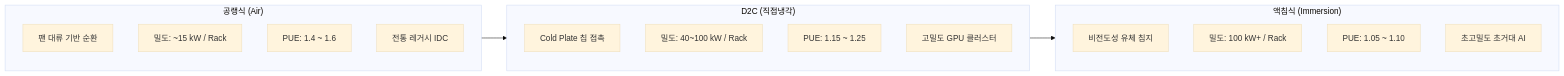
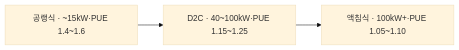
Before and after one commit to agnusdei1207/study: the third of 3 diagrams in src/content/docs/notes/itpe/01-it-strategy/060_ai_energy_infrastructure.md, drawn with Mermaid (base theme). The commit also changed other lines of this file and 19 other files, not shown here.

````diff
--- a/src/content/docs/notes/itpe/01-it-strategy/060_ai_energy_infrastructure.md
+++ b/src/content/docs/notes/itpe/01-it-strategy/060_ai_energy_infrastructure.md
@@ -156,28 +118,4 @@
 ```mermaid
 flowchart LR
-    subgraph AIR["공랭식 (Air)"]
-        direction TB
-        A1["팬 대류 기반 순환"]
-        A2["밀도: ~15 kW / Rack"]
-        A3["PUE: 1.4 ~ 1.6"]
-        A4["전통 레거시 IDC"]
-    end
-
-    subgraph D2C["D2C (직접냉각)"]
-        direction TB
-        D1["Cold Plate 칩 접촉"]
-        D2["밀도: 40~100 kW / Rack"]
-        D3["PUE: 1.15 ~ 1.25"]
-        D4["고밀도 GPU 클러스터"]
-    end
-
-    subgraph IMM["액침식 (Immersion)"]
-        direction TB
-        I1["비전도성 유체 침지"]
-        I2["밀도: 100 kW+ / Rack"]
-        I3["PUE: 1.05 ~ 1.10"]
-        I4["초고밀도 초거대 AI"]
-    end
-
-    AIR --> D2C --> IMM
+    A["공랭식 · ~15kW·PUE 1.4~1.6"] --> B["D2C · 40~100kW·PUE 1.15~1.25"] --> C["액침식 · 100kW+·PUE 1.05~1.10"]
 ```
````
